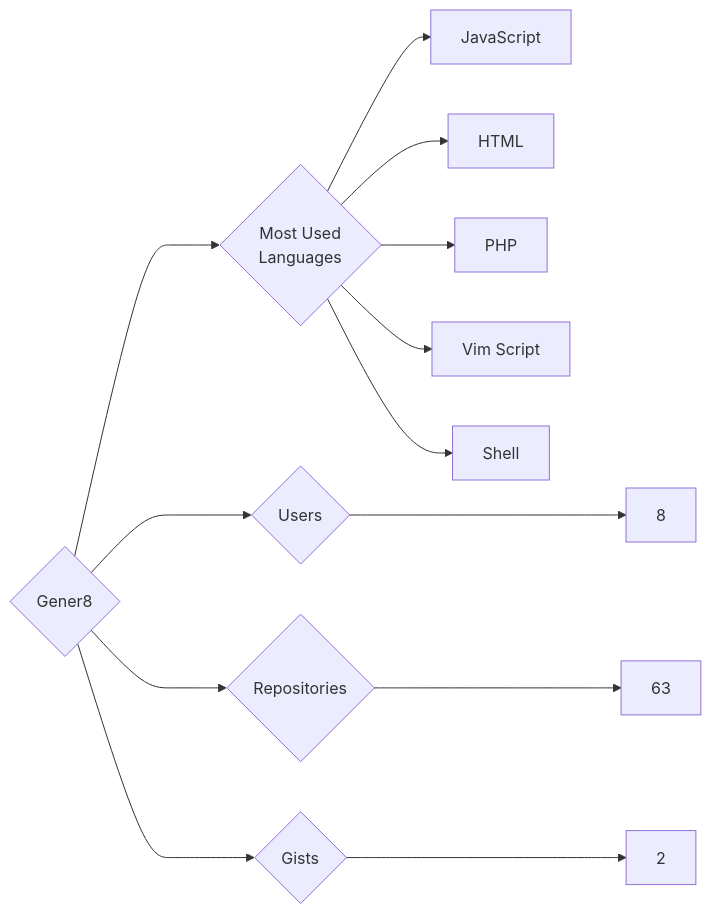
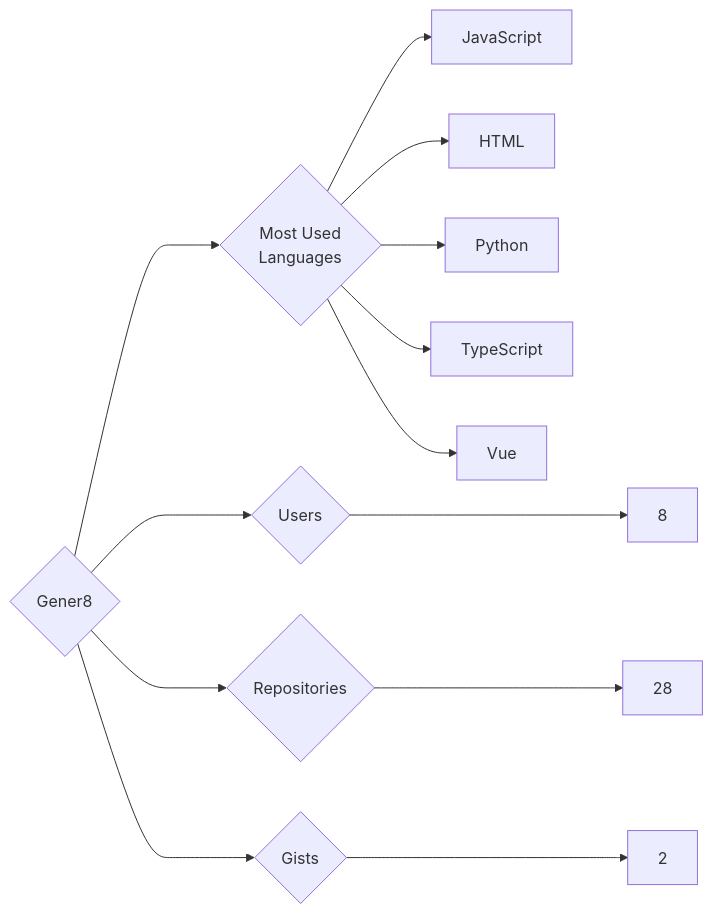
Before and after one commit to trickest/insiders: the diagram in targets/Gener8/README.md, drawn with Mermaid. The commit also changed 1195 other files, not shown here.

````diff
--- a/targets/Gener8/README.md
+++ b/targets/Gener8/README.md
@@ -3,13 +3,13 @@
 ```mermaid
 graph LR
 COMPANY_NAME{Gener8}
 COMPANY_NAME ---> U{Users} ---> UN[8]
-COMPANY_NAME ---> R{Repositories} ---> RN[63]
+COMPANY_NAME ---> R{Repositories} ---> RN[28]
 COMPANY_NAME ---> G{Gists} ---> GN[2]
 COMPANY_NAME ---> ML{Most Used<br>Languages}
 ML --> JavaScript[JavaScript]
 ML --> HTML[HTML]
-ML --> PHP[PHP]
-ML --> Vim_Script[Vim Script]
-ML --> Shell[Shell]
+ML --> Python[Python]
+ML --> TypeScript[TypeScript]
+ML --> Vue[Vue]
 ```
````
